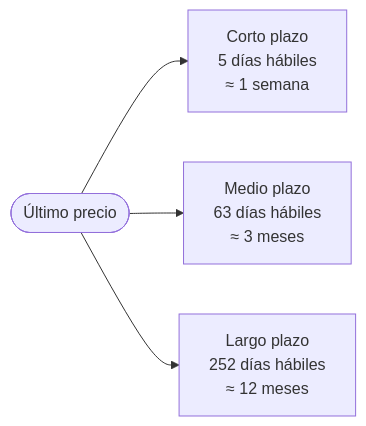
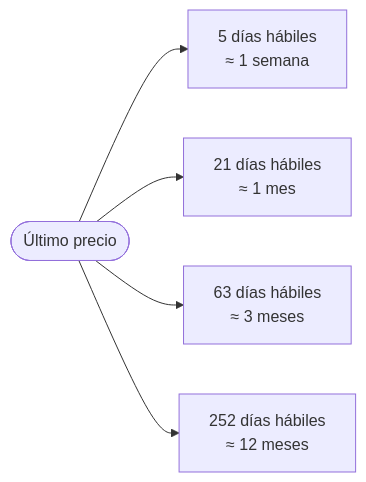
One commit to alejandrobarreche/oil-rnn changed the first of 3 diagrams in README.md. Above: the diagram before and after it, drawn with Mermaid. The commit also changed other lines of this file and 1 other file, not shown here.

````diff
--- a/README.md
+++ b/README.md
@@ -36,6 +36,7 @@
 ```mermaid
 flowchart LR
-    P([Último precio]) --> C[Corto plazo<br/>5 días hábiles<br/>≈ 1 semana]
-    P --> M[Medio plazo<br/>63 días hábiles<br/>≈ 3 meses]
-    P --> L[Largo plazo<br/>252 días hábiles<br/>≈ 12 meses]
+    P([Último precio]) --> C[5 días hábiles<br/>≈ 1 semana]
+    P --> W[21 días hábiles<br/>≈ 1 mes]
+    P --> M[63 días hábiles<br/>≈ 3 meses]
+    P --> L[252 días hábiles<br/>≈ 12 meses]
 ```
````
